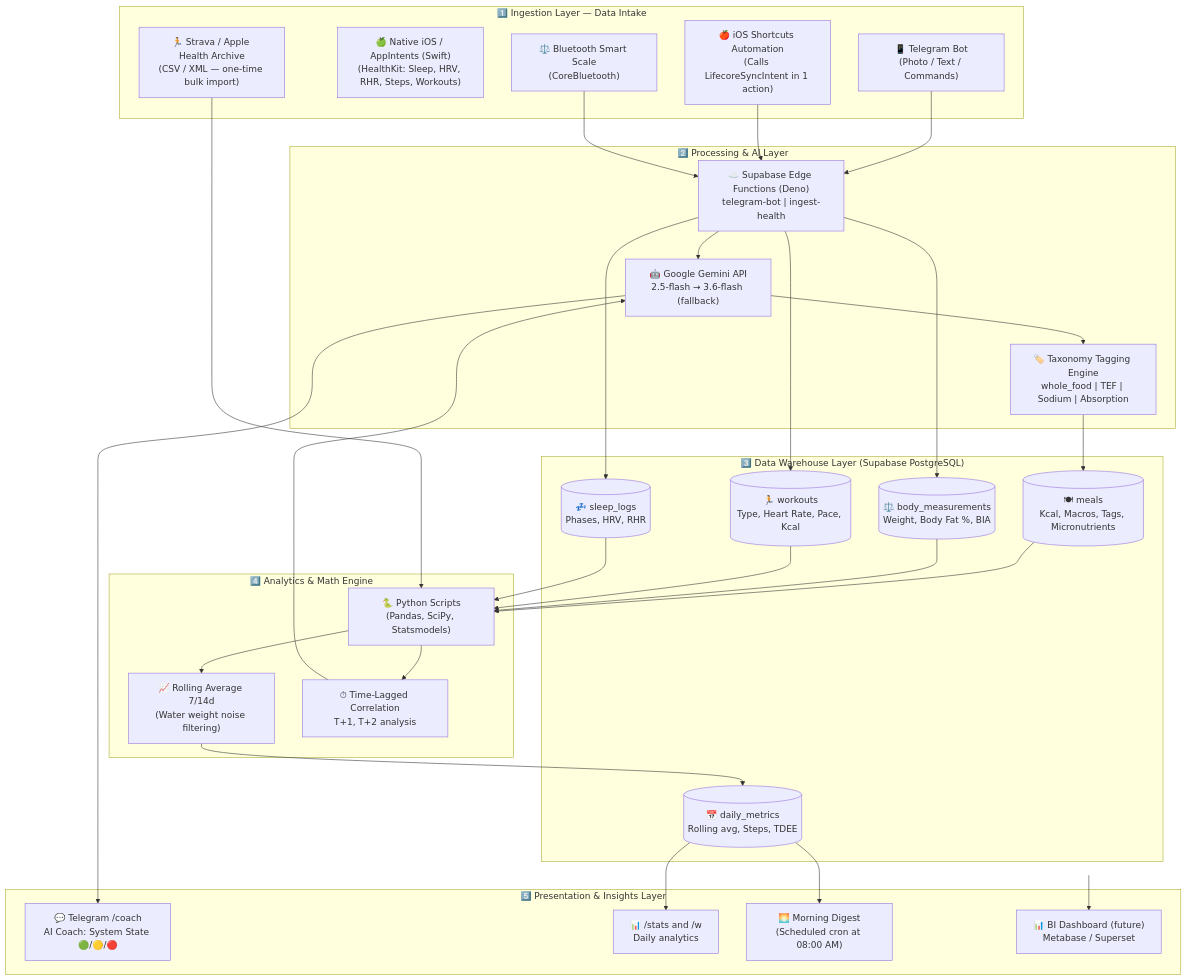
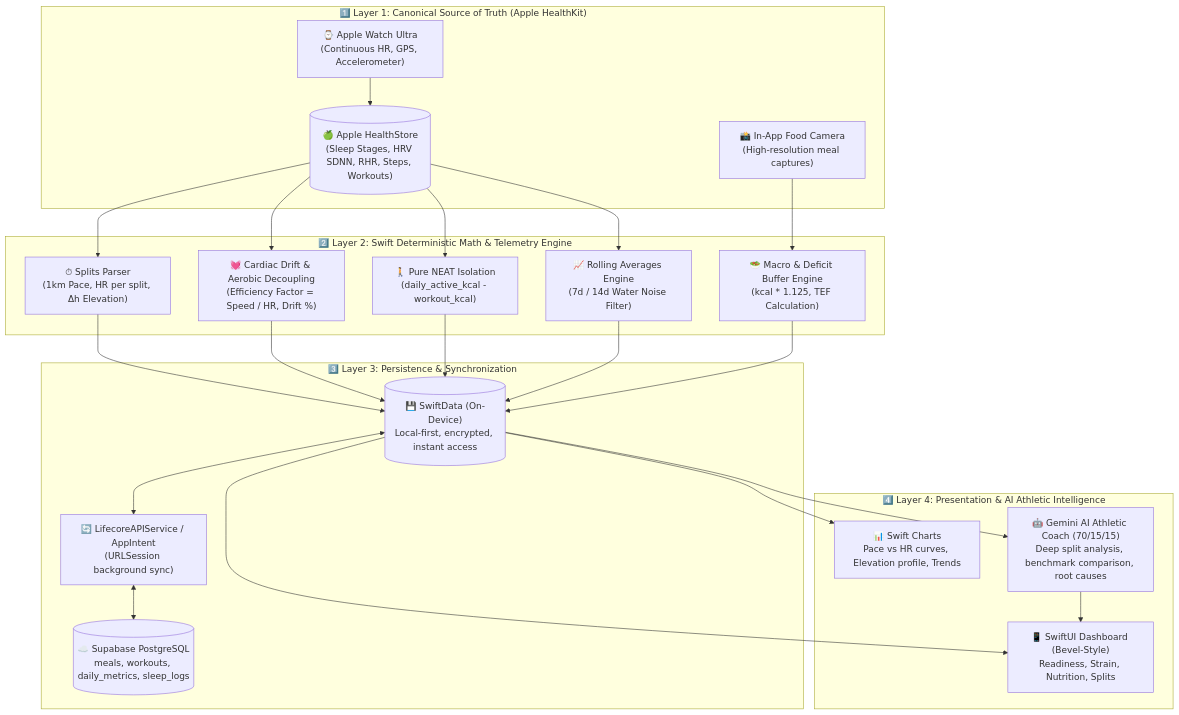
The diagram in docs/ARCHITECTURE.md (skycherepanya/calories-bot-mvp), drawn with Mermaid before and after one commit. The commit also changed other lines of this file and 8 other files, not shown here.

Commit message:
refactor(arch): pivot to Lifecore 2.0 native iOS-first architecture and deprecate dual telegram bot

````diff
--- a/docs/ARCHITECTURE.md
+++ b/docs/ARCHITECTURE.md
@@ -18,64 +24,49 @@
 ```mermaid
 flowchart TD
-    subgraph Ingestion ["1️⃣ Ingestion Layer — Data Intake"]
-        TG["📱 Telegram Bot\n(Photo / Text / Commands)"]
-        NativeApp["🍏 Native iOS / AppIntents (Swift)\n(HealthKit: Sleep, HRV, RHR, Steps, Workouts)"]
-        Shortcuts["🍎 iOS Shortcuts Automation\n(Calls LifecoreSyncIntent in 1 action)"]
-        BLE["⚖️ Bluetooth Smart Scale\n(CoreBluetooth)"]
-        Strava["🏃 Strava / Apple Health Archive\n(CSV / XML — one-time bulk import)"]
+    subgraph Layer1 ["1️⃣ Layer 1: Canonical Source of Truth (Apple HealthKit)"]
+        Watch["⌚️ Apple Watch Ultra\n(Continuous HR, GPS, Accelerometer)"]
+        HKStore[("🍏 Apple HealthStore\n(Sleep Stages, HRV SDNN, RHR, Steps, Workouts)")]
+        Camera["📸 In-App Food Camera\n(High-resolution meal captures)"]
+        Watch --> HKStore
     end
 
-    subgraph Processing ["2️⃣ Processing & AI Layer"]
-        Edge["☁️ Supabase Edge Functions (Deno)\ntelegram-bot | ingest-health"]
-        Gemini["🤖 Google Gemini API\n2.5-flash → 3.6-flash (fallback)"]
-        TagEngine["🏷️ Taxonomy Tagging Engine\nwhole_food | TEF | Sodium | Absorption"]
+    subgraph Layer2 ["2️⃣ Layer 2: Swift Deterministic Math & Telemetry Engine"]
+        SplitEngine["⏱ Splits Parser\n(1km Pace, HR per split, Δh Elevation)"]
+        DriftEngine["💓 Cardiac Drift & Aerobic Decoupling\n(Efficiency Factor = Speed / HR, Drift %)"]
+        NEATEngine["🚶 Pure NEAT Isolation\n(daily_active_kcal - workout_kcal)"]
+        RollingEngine["📈 Rolling Averages Engine\n(7d / 14d Water Noise Filter)"]
+        MacroEngine["🥗 Macro & Deficit Buffer Engine\n(kcal * 1.125, TEF Calculation)"]
     end
 
-    subgraph Storage ["3️⃣ Data Warehouse Layer (Supabase PostgreSQL)"]
-        Meals[("🍽 meals\nKcal, Macros, Tags, Micronutrients")]
-        Body[("⚖️ body_measurements\nWeight, Body Fat %, BIA")]
-        Workouts[("🏃 workouts\nType, Heart Rate, Pace, Kcal")]
-        Sleep[("💤 sleep_logs\nPhases, HRV, RHR")]
-        Daily[("📅 daily_metrics\nRolling avg, Steps, TDEE")]
+    subgraph Layer3 ["3️⃣ Layer 3: Persistence & Synchronization"]
+        SwiftData[("💾 SwiftData (On-Device)\nLocal-first, encrypted, instant access")]
+        SyncService["🔄 LifecoreAPIService / AppIntent\n(URLSession background sync)"]
+        SupaDB[("☁️ Supabase PostgreSQL\nmeals, workouts, daily_metrics, sleep_logs")]
     end
 
-    subgraph Analytics ["4️⃣ Analytics & Math Engine"]
-        Python["🐍 Python Scripts\n(Pandas, SciPy, Statsmodels)"]
-        Rolling["📈 Rolling Average 7/14d\n(Water weight noise filtering)"]
-        Lags["⏱ Time-Lagged Correlation\nT+1, T+2 analysis"]
+    subgraph Layer4 ["4️⃣ Layer 4: Presentation & AI Athletic Intelligence"]
+        Dashboard["📱 SwiftUI Dashboard (Bevel-Style)\nReadiness, Strain, Nutrition, Splits"]
+        Charts["📊 Swift Charts\nPace vs HR curves, Elevation profile, Trends"]
+        GeminiProxy["🤖 Gemini AI Athletic Coach (70/15/15)\nDeep split analysis, benchmark comparison, root causes"]
     end
 
-    subgraph Presentation ["5️⃣ Presentation & Insights Layer"]
-        TG_Coach["💬 Telegram /coach\nAI Coach: System State 🟢/🟡/🔴"]
-        TG_Stats["📊 /stats and /w\nDaily analytics"]
-        Morning["🌅 Morning Digest\n(Scheduled cron at 08:00 AM)"]
-        BI["📊 BI Dashboard (future)\nMetabase / Superset"]
-    end
+    HKStore --> SplitEngine
+    HKStore --> DriftEngine
+    HKStore --> NEATEngine
+    HKStore --> RollingEngine
+    Camera --> MacroEngine
 
-    TG --> Edge
-    Shortcuts --> Edge
-    BLE --> Edge
-    Strava --> Python
+    SplitEngine --> SwiftData
+    DriftEngine --> SwiftData
+    NEATEngine --> SwiftData
+    RollingEngine --> SwiftData
+    MacroEngine --> SwiftData
 
-    Edge --> Gemini
-    Gemini --> TagEngine
-    TagEngine --> Meals
-    Edge --> Body
-    Edge --> Workouts
-    Edge --> Sleep
+    SwiftData <--> SyncService
+    SyncService <--> SupaDB
 
-    Meals --> Python
-    Body --> Python
-    Workouts --> Python
-    Sleep --> Python
-
-    Python --> Rolling
-    Python --> Lags
-    Rolling --> Daily
-    Lags --> Gemini
-
-    Gemini --> TG_Coach
-    Daily --> TG_Stats
-    Daily --> Morning
-    Storage --> BI
+    SwiftData --> Dashboard
+    SwiftData --> Charts
+    SwiftData --> GeminiProxy
+    GeminiProxy --> Dashboard
 ```
````
